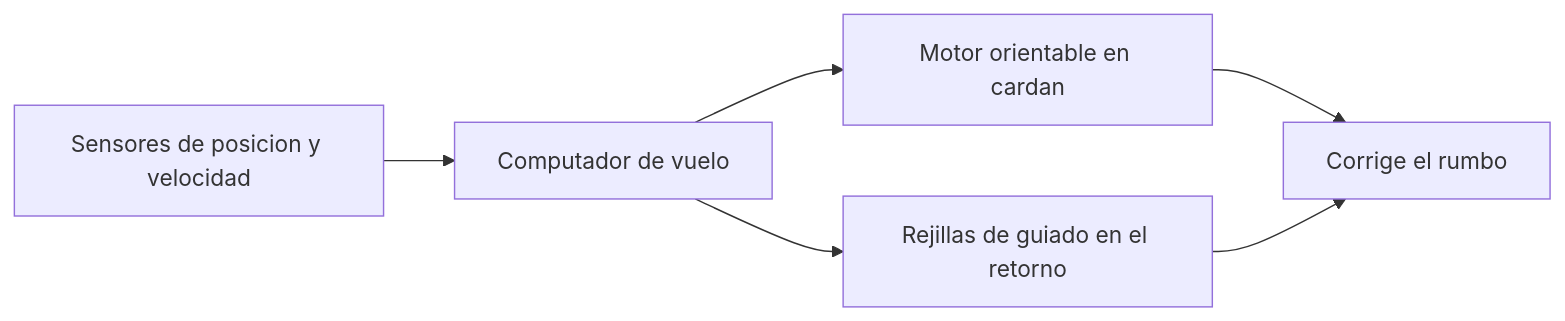
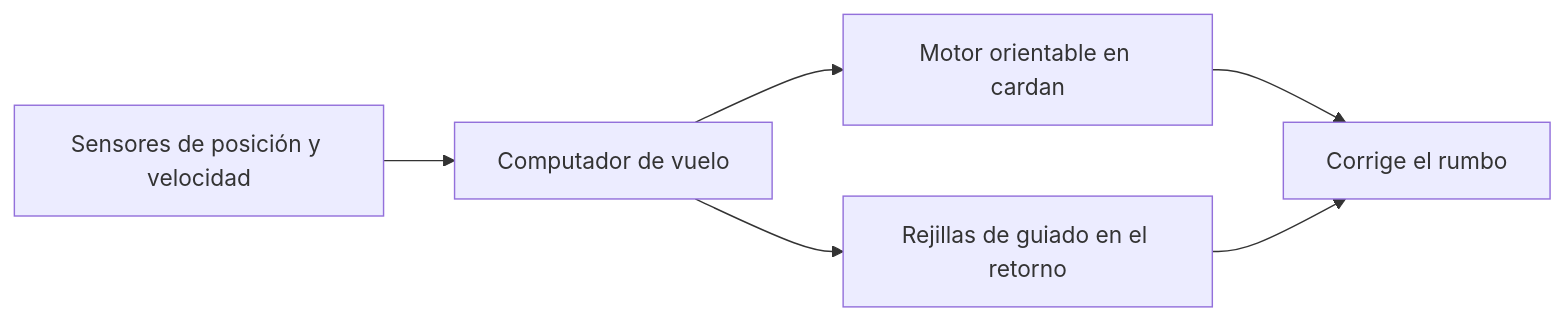
One commit to vladimiracunadev-create/machine-operator-program changed the fourth of 4 diagrams in vehiculos/cohetes/operacion/sistemas-mecanicos-cohete.md. Above: the diagram before and after it, drawn with Mermaid. The commit also changed other lines of this file and 442 other files, not shown here.

````diff
--- a/vehiculos/cohetes/operacion/sistemas-mecanicos-cohete.md
+++ b/vehiculos/cohetes/operacion/sistemas-mecanicos-cohete.md
@@ -119,8 +119,8 @@
 ```mermaid
 flowchart LR
-    Sensor[Sensores de posicion y velocidad] --> Avionica[Computador de vuelo]
+    Sensor[Sensores de posición y velocidad] --> Avionica[Computador de vuelo]
     Avionica --> Cardan[Motor orientable en cardan]
     Avionica --> Rejillas[Rejillas de guiado en el retorno]
     Cardan --> Rumbo[Corrige el rumbo]
     Rejillas --> Rumbo
 ```
````
